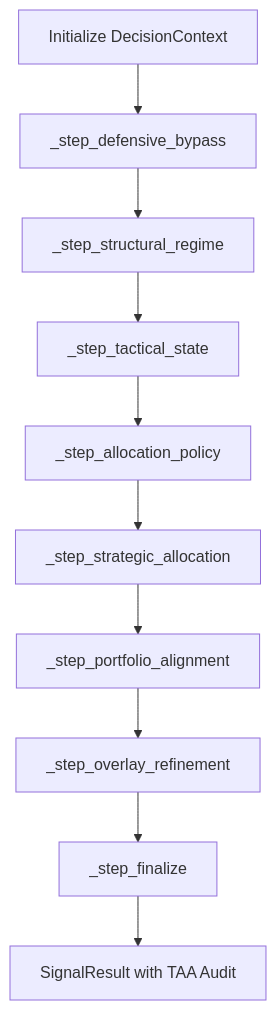
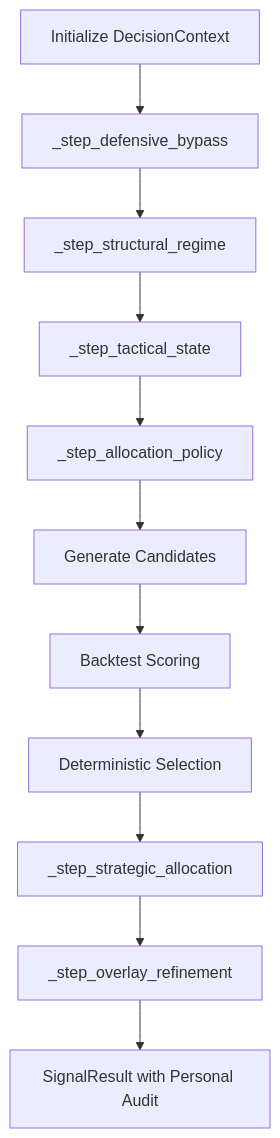
The diagram in docs/architecture.md (yutaofr/qqq-buyer-monitor), drawn with Mermaid before and after one commit. The commit also changed other lines of this file and 21 other files, not shown here.

Commit message:
feat(v6.4): implement personal allocation with 30% MDD budget and candidate search

````diff
--- a/docs/architecture.md
+++ b/docs/architecture.md
@@ -26,12 +26,13 @@
 ```mermaid
 graph TD
     A[Initialize DecisionContext] --> B[_step_defensive_bypass]
     B --> C[_step_structural_regime]
     C --> D[_step_tactical_state]
     D --> E[_step_allocation_policy]
-    E --> F[_step_strategic_allocation]
-    F --> G[_step_portfolio_alignment]
-    G --> H[_step_overlay_refinement]
-    H --> I[_step_finalize]
-    I --> J[SignalResult with TAA Audit]
+    E --> F[Generate Candidates]
+    F --> G[Backtest Scoring]
+    G --> H[Deterministic Selection]
+    H --> I[_step_strategic_allocation]
+    I --> J[_step_overlay_refinement]
+    J --> K[SignalResult with Personal Audit]
 ```
````
